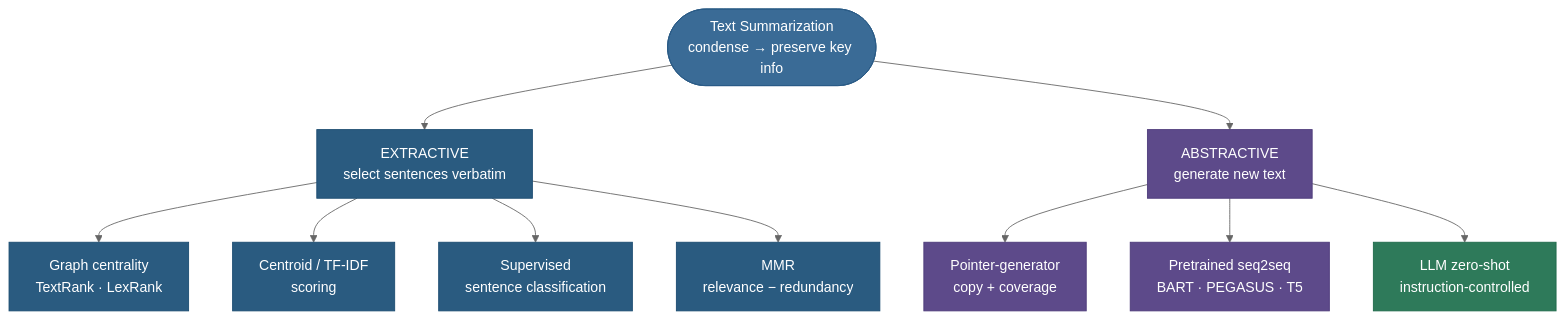
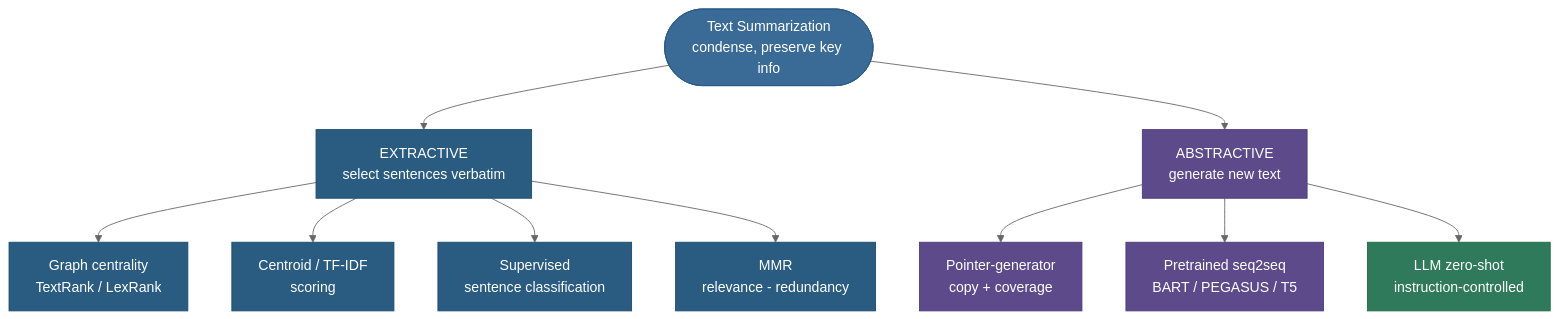
The first of 2 diagrams in 06. NLP/13-Text-Summarization/13-Text-Summarization.md (sudhir13s/AI-ML-learning-resources), drawn with Mermaid (neutral theme) before and after one commit. The commit also changed other lines of this file and 17 other files, not shown here.

````diff
--- a/06. NLP/13-Text-Summarization/13-Text-Summarization.md
+++ b/06. NLP/13-Text-Summarization/13-Text-Summarization.md
@@ -65,20 +67,20 @@
 ```mermaid
 graph TD
-    ROOT(["Text Summarization<br/>condense → preserve key info"]):::data
+    ROOT(["Text Summarization<br/>condense, preserve key info"]):::data
     ROOT --> EXT["EXTRACTIVE<br/>select sentences verbatim"]:::blue
     ROOT --> ABS["ABSTRACTIVE<br/>generate new text"]:::purple
 
-    EXT --> G["Graph centrality<br/>TextRank · LexRank"]:::blue
-    EXT --> C["Centroid / TF-IDF<br/>scoring"]:::blue
-    EXT --> S["Supervised<br/>sentence classification"]:::blue
-    EXT --> M["MMR<br/>relevance − redundancy"]:::blue
+    EXT --> GC["Graph centrality<br/>TextRank / LexRank"]:::blue
+    EXT --> CN["Centroid / TF-IDF<br/>scoring"]:::blue
+    EXT --> SC["Supervised<br/>sentence classification"]:::blue
+    EXT --> MM["MMR<br/>relevance - redundancy"]:::blue
 
     ABS --> PG["Pointer-generator<br/>copy + coverage"]:::purple
-    ABS --> PT["Pretrained seq2seq<br/>BART · PEGASUS · T5"]:::purple
-    ABS --> LLM["LLM zero-shot<br/>instruction-controlled"]:::green
+    ABS --> PT["Pretrained seq2seq<br/>BART / PEGASUS / T5"]:::purple
+    ABS --> LM["LLM zero-shot<br/>instruction-controlled"]:::green
 
     classDef data fill:#3A6B96,stroke:#2A5B86,color:#fff
     classDef blue fill:#2A5B80,stroke:#1A4B70,color:#fff
     classDef purple fill:#5D4A8A,stroke:#4D3A7A,color:#fff
     classDef green fill:#2E7A5A,stroke:#1E6A4A,color:#fff
 ```
````
